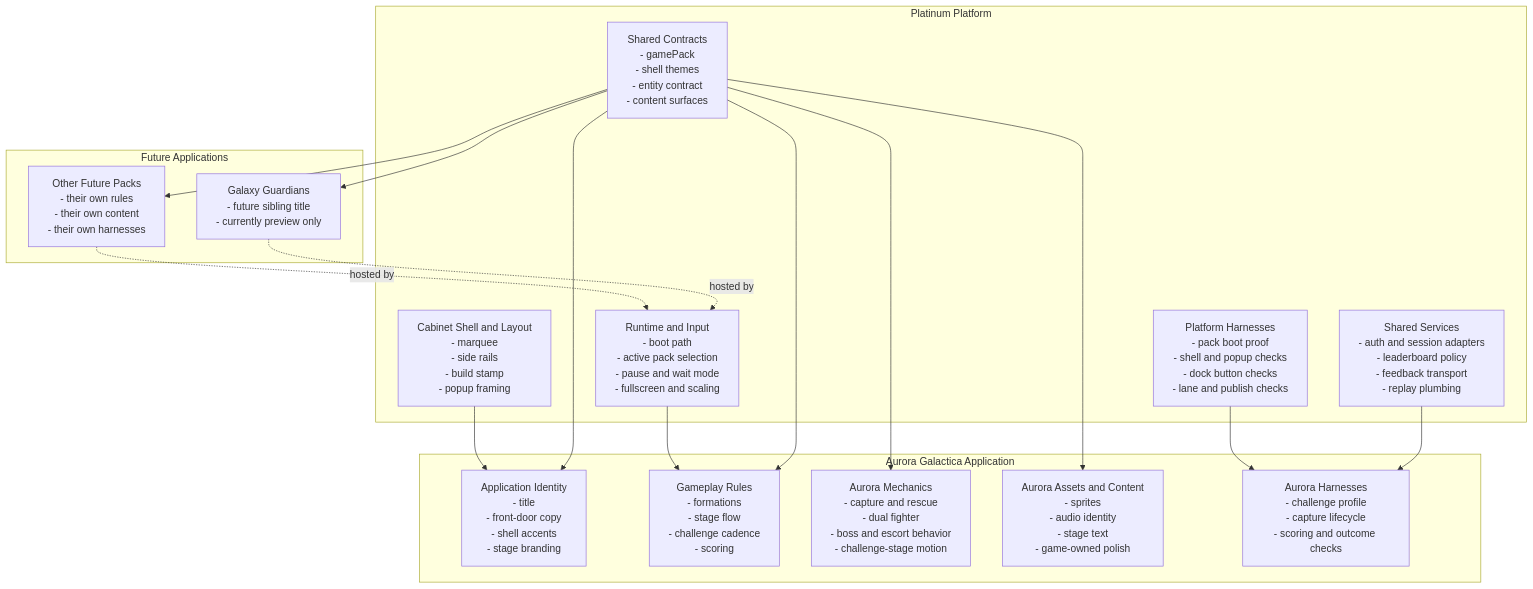
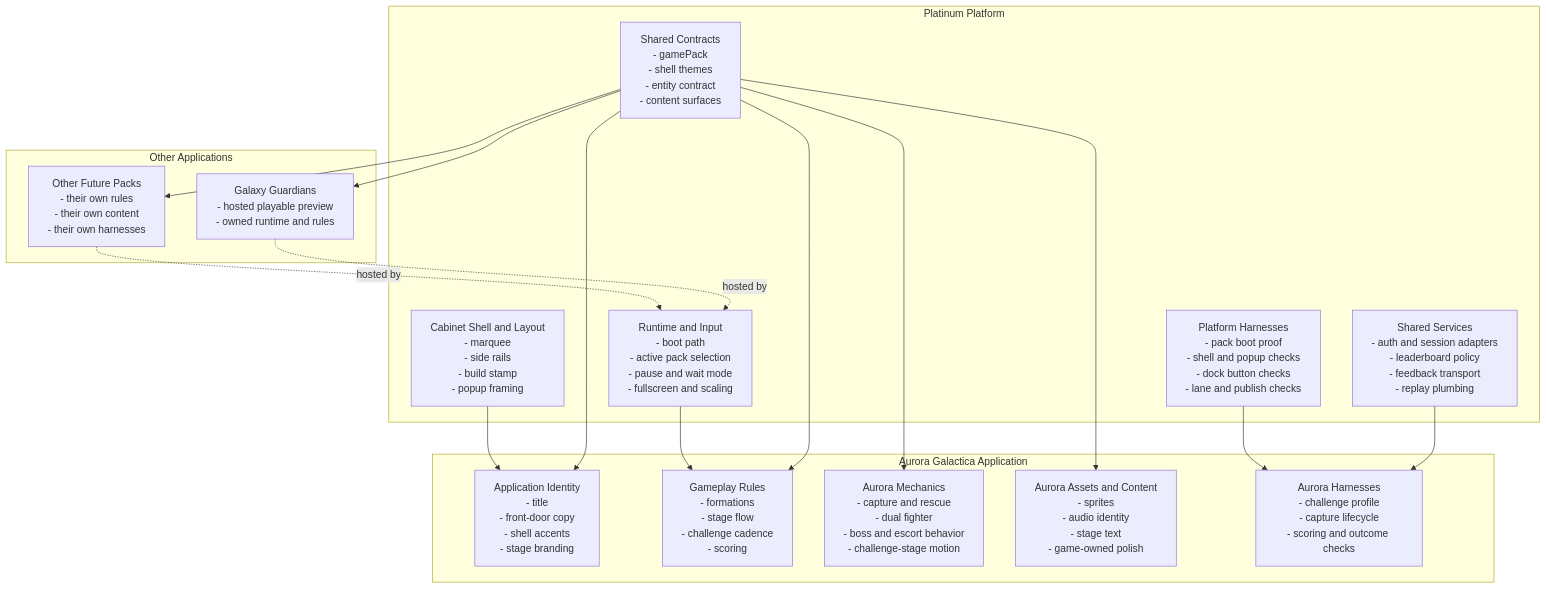
One commit to sgwoods/Codex-Test1 changed the diagram in PLATINUM_ARCHITECTURE_OVERVIEW.md. Above: the diagram before and after it, drawn with Mermaid. The commit also changed other lines of this file and 1756 other files, not shown here.

````diff
--- a/PLATINUM_ARCHITECTURE_OVERVIEW.md
+++ b/PLATINUM_ARCHITECTURE_OVERVIEW.md
@@ -19,38 +19,38 @@
 ```mermaid
 flowchart TB
     subgraph "Platinum Platform"
         P1["Cabinet Shell and Layout\n- marquee\n- side rails\n- build stamp\n- popup framing"]
         P2["Runtime and Input\n- boot path\n- active pack selection\n- pause and wait mode\n- fullscreen and scaling"]
         P3["Shared Services\n- auth and session adapters\n- leaderboard policy\n- feedback transport\n- replay plumbing"]
         P4["Platform Harnesses\n- pack boot proof\n- shell and popup checks\n- dock button checks\n- lane and publish checks"]
         P5["Shared Contracts\n- gamePack\n- shell themes\n- entity contract\n- content surfaces"]
     end
 
     subgraph "Aurora Galactica Application"
         A1["Application Identity\n- title\n- front-door copy\n- shell accents\n- stage branding"]
         A2["Gameplay Rules\n- formations\n- stage flow\n- challenge cadence\n- scoring"]
         A3["Aurora Mechanics\n- capture and rescue\n- dual fighter\n- boss and escort behavior\n- challenge-stage motion"]
         A4["Aurora Assets and Content\n- sprites\n- audio identity\n- stage text\n- game-owned polish"]
         A5["Aurora Harnesses\n- challenge profile\n- capture lifecycle\n- scoring and outcome checks"]
     end
 
-    subgraph "Future Applications"
-        G1["Galaxy Guardians\n- future sibling title\n- currently preview only"]
+    subgraph "Other Applications"
+        G1["Galaxy Guardians\n- hosted playable preview\n- owned runtime and rules"]
         G2["Other Future Packs\n- their own rules\n- their own content\n- their own harnesses"]
     end
 
     P5 --> A1
     P5 --> A2
     P5 --> A3
     P5 --> A4
     P5 --> G1
     P5 --> G2
 
     P1 --> A1
     P2 --> A2
     P3 --> A5
     P4 --> A5
 
     G1 -. hosted by .-> P2
     G2 -. hosted by .-> P2
 ```
````
